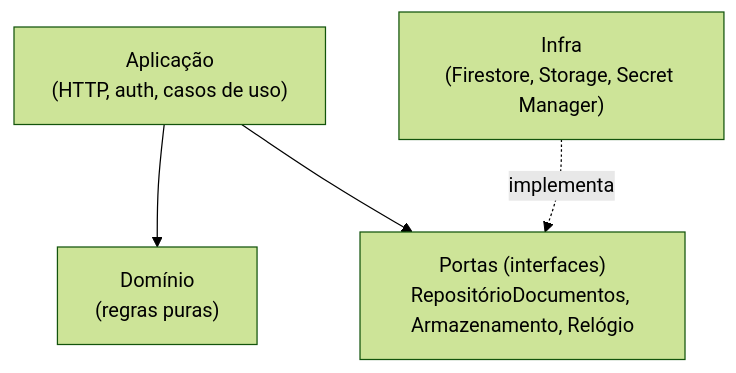
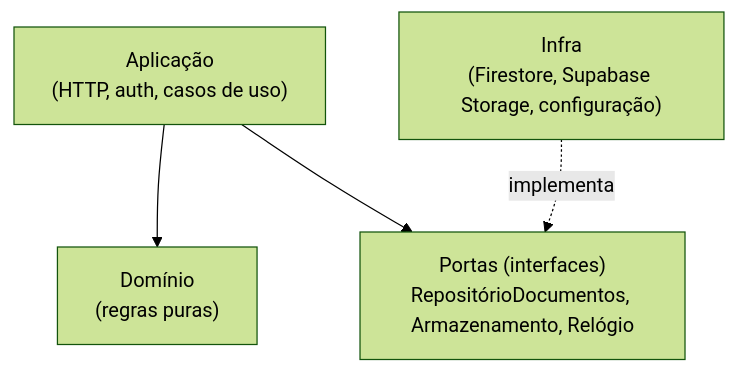
Before and after one commit to projeto-habilita/habilita-docs: the third of 6 diagrams in docs/arquitetura/index.md, drawn with Mermaid (forest theme). The commit also changed other lines of this file and 16 other files, not shown here.

````diff
--- a/docs/arquitetura/index.md
+++ b/docs/arquitetura/index.md
@@ -82,6 +87,6 @@
 ```mermaid
 flowchart TB
     A["Aplicação<br/>(HTTP, auth, casos de uso)"] --> D["Domínio<br/>(regras puras)"]
     A --> P["Portas (interfaces)<br/>RepositórioDocumentos, Armazenamento, Relógio"]
-    I["Infra<br/>(Firestore, Storage, Secret Manager)"] -. implementa .-> P
+    I["Infra<br/>(Firestore, Supabase Storage, configuração)"] -. implementa .-> P
 ```
````
